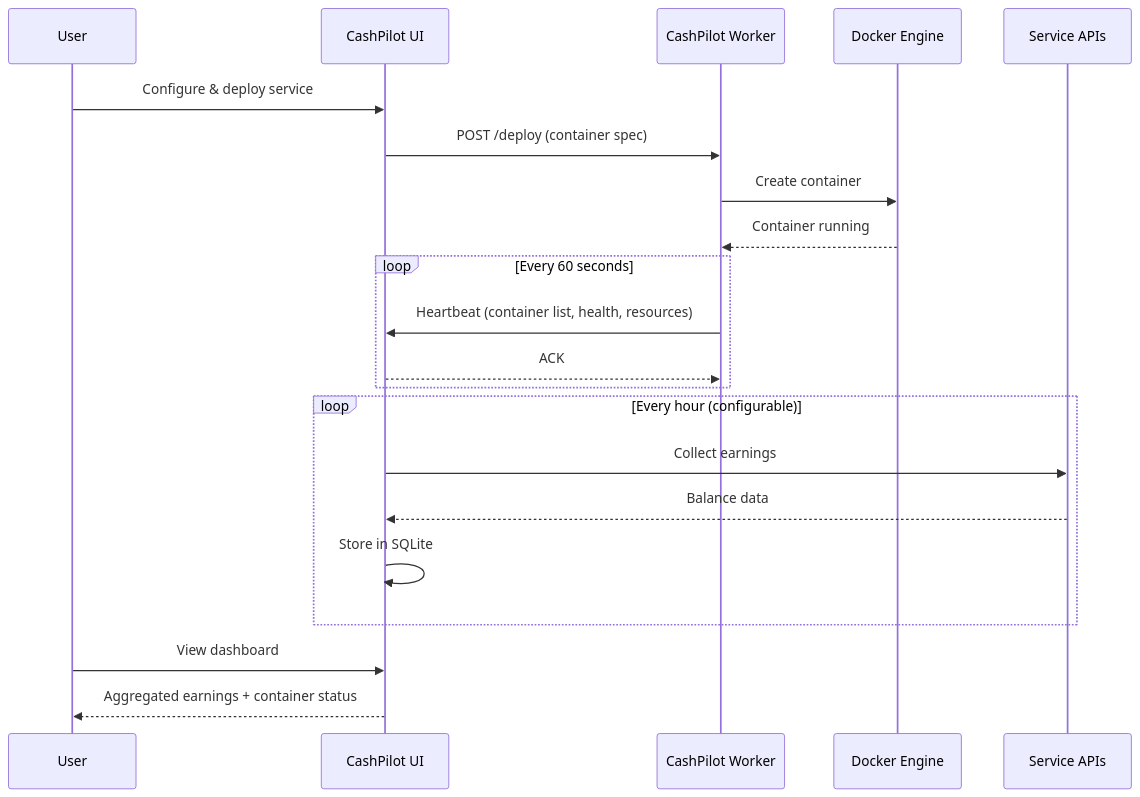
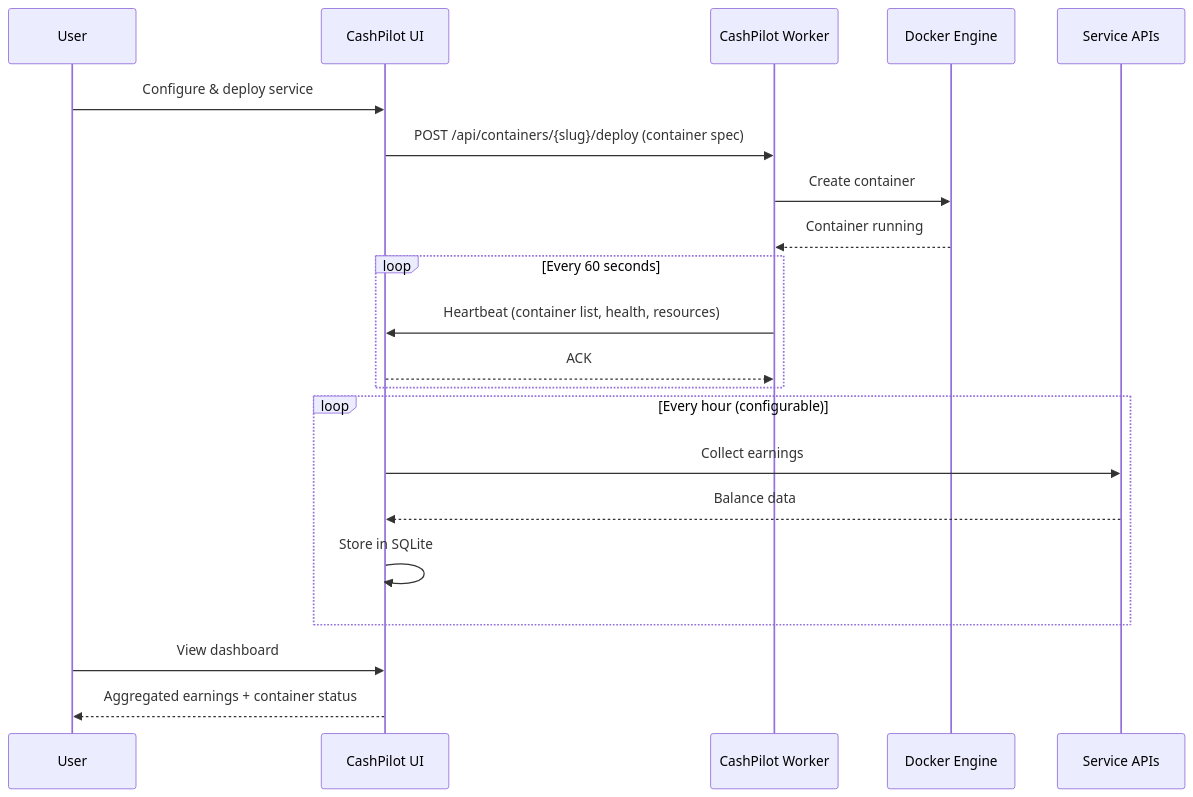
One commit to GeiserX/CashPilot changed the diagram in docs/how-it-works.md. Above: the diagram before and after it, drawn with Mermaid. The commit also changed other lines of this file and 64 other files, not shown here.

````diff
--- a/docs/how-it-works.md
+++ b/docs/how-it-works.md
@@ -62,27 +62,27 @@
 ```mermaid
 sequenceDiagram
     participant User
     participant UI as CashPilot UI
     participant Worker as CashPilot Worker
     participant Docker as Docker Engine
     participant APIs as Service APIs
 
     User->>UI: Configure & deploy service
-    UI->>Worker: POST /deploy (container spec)
+    UI->>Worker: POST /api/containers/{slug}/deploy (container spec)
     Worker->>Docker: Create container
     Docker-->>Worker: Container running
 
     loop Every 60 seconds
         Worker->>UI: Heartbeat (container list, health, resources)
         UI-->>Worker: ACK
     end
 
     loop Every hour (configurable)
         UI->>APIs: Collect earnings
         APIs-->>UI: Balance data
         UI->>UI: Store in SQLite
     end
 
     User->>UI: View dashboard
     UI-->>User: Aggregated earnings + container status
 ```
````
